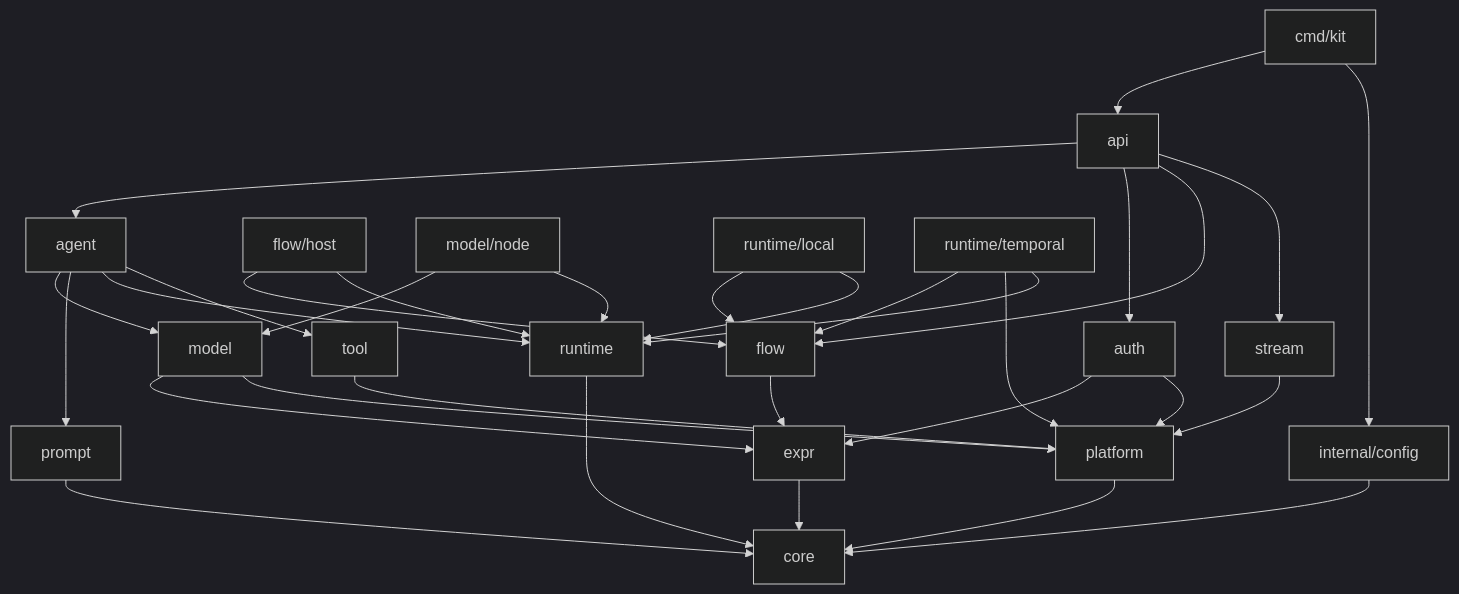
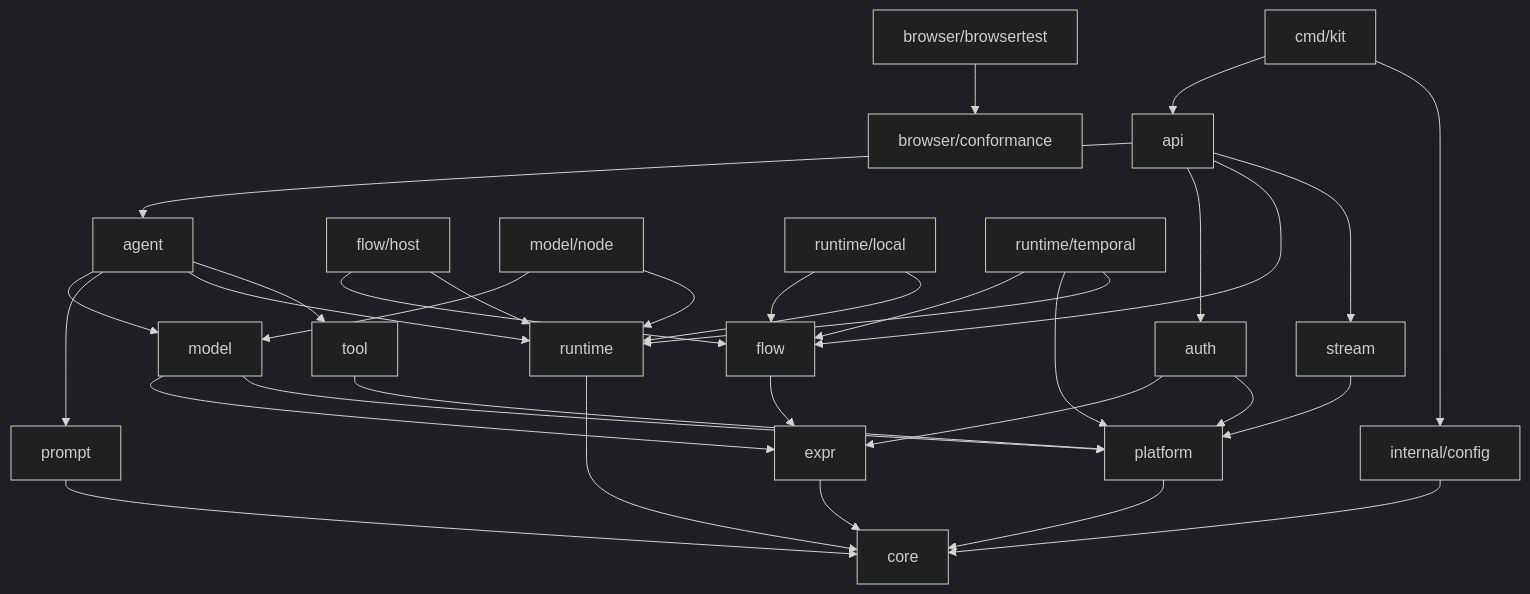
Before and after one commit to epzero/basamento: the diagram in docs/architecture/overview.md, drawn with Mermaid (dark theme). The commit also changed other lines of this file and 21 other files, not shown here.

````diff
--- a/docs/architecture/overview.md
+++ b/docs/architecture/overview.md
@@ -55,52 +55,55 @@
 ```mermaid
 flowchart TD
   agent["agent"]
   api["api"]
   auth["auth"]
+  browser_browsertest["browser/browsertest"]
+  browser_conformance["browser/conformance"]
   cmd_kit["cmd/kit"]
   core["core"]
   expr["expr"]
   flow["flow"]
   flow_host["flow/host"]
   internal_config["internal/config"]
   model["model"]
   model_node["model/node"]
   platform["platform"]
   prompt["prompt"]
   runtime["runtime"]
   runtime_local["runtime/local"]
   runtime_temporal["runtime/temporal"]
   stream["stream"]
   tool["tool"]
   agent --> model
   agent --> prompt
   agent --> runtime
   agent --> tool
   api --> agent
   api --> auth
   api --> flow
   api --> stream
   auth --> expr
   auth --> platform
+  browser_browsertest --> browser_conformance
   cmd_kit --> api
   cmd_kit --> internal_config
   expr --> core
   flow --> expr
   flow_host --> flow
   flow_host --> runtime
   internal_config --> core
   model --> expr
   model --> platform
   model_node --> model
   model_node --> runtime
   platform --> core
   prompt --> core
   runtime --> core
   runtime_local --> flow
   runtime_local --> runtime
   runtime_temporal --> flow
   runtime_temporal --> platform
   runtime_temporal --> runtime
   stream --> platform
   tool --> platform
 ```
````
